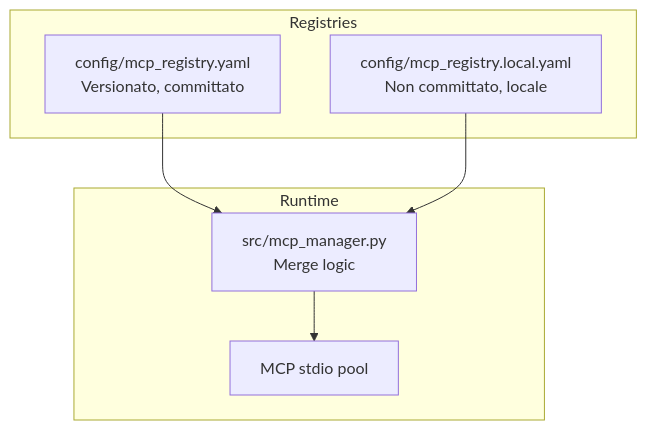
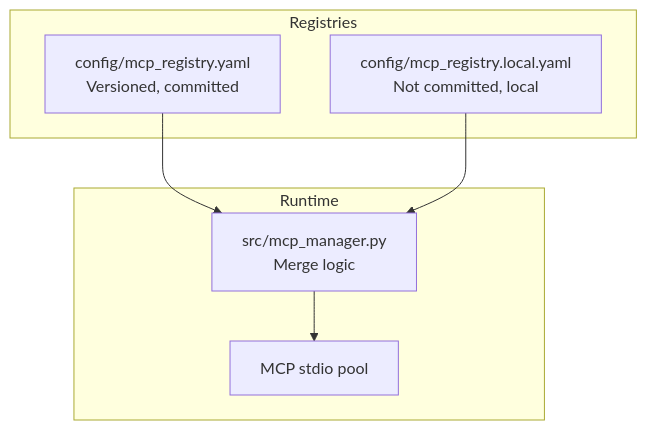
The first of 2 diagrams in docs/mcp/registry.md (AION-by-ASA-Computer/AION_Agent), drawn with Mermaid before and after one commit. The commit also changed other lines of this file and 137 other files, not shown here.

````diff
--- a/docs/mcp/registry.md
+++ b/docs/mcp/registry.md
@@ -38,16 +41,16 @@
 ```mermaid
 graph TD
     subgraph Registries
-        BASE[config/mcp_registry.yaml<br/>Versionato, committato]
-        LOCAL[config/mcp_registry.local.yaml<br/>Non committato, locale]
+        BASE[config/mcp_registry.yaml<br/>Versioned, committed]
+        LOCAL[config/mcp_registry.local.yaml<br/>Not committed, local]
     end
-    
+
     subgraph Runtime
         MERGE[src/mcp_manager.py<br/>Merge logic]
         POOL[MCP stdio pool]
     end
-    
+
     BASE --> MERGE
     LOCAL --> MERGE
     MERGE --> POOL
 ```
````
